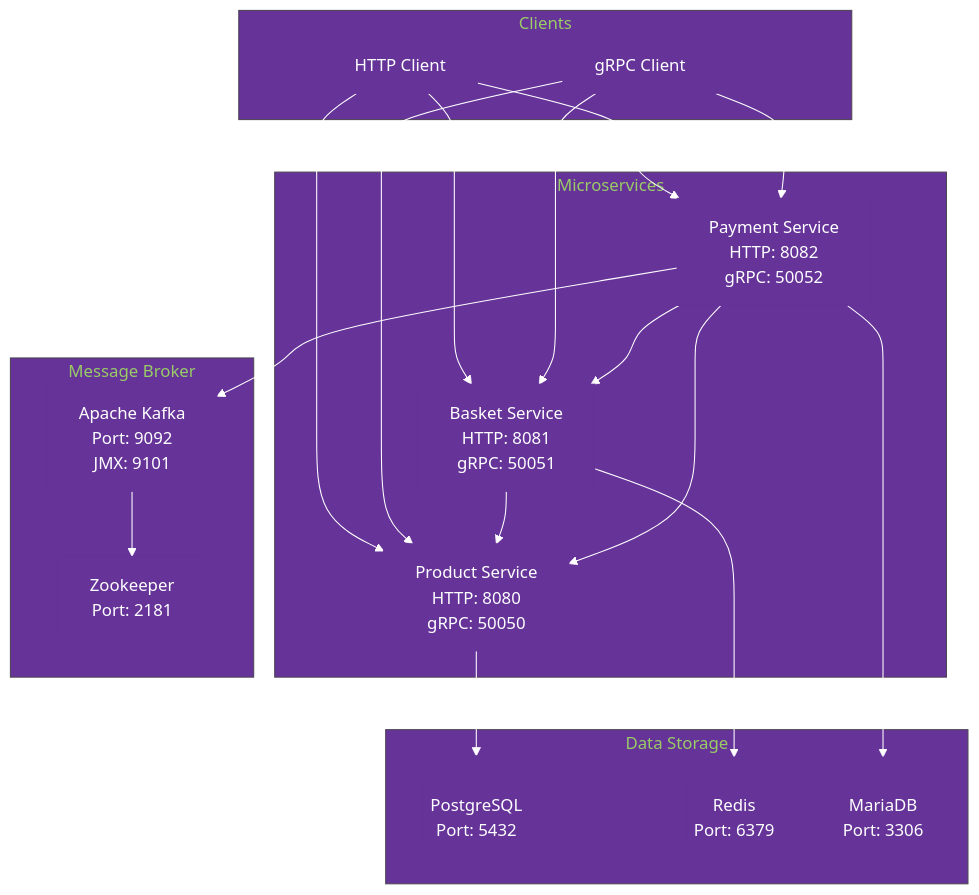
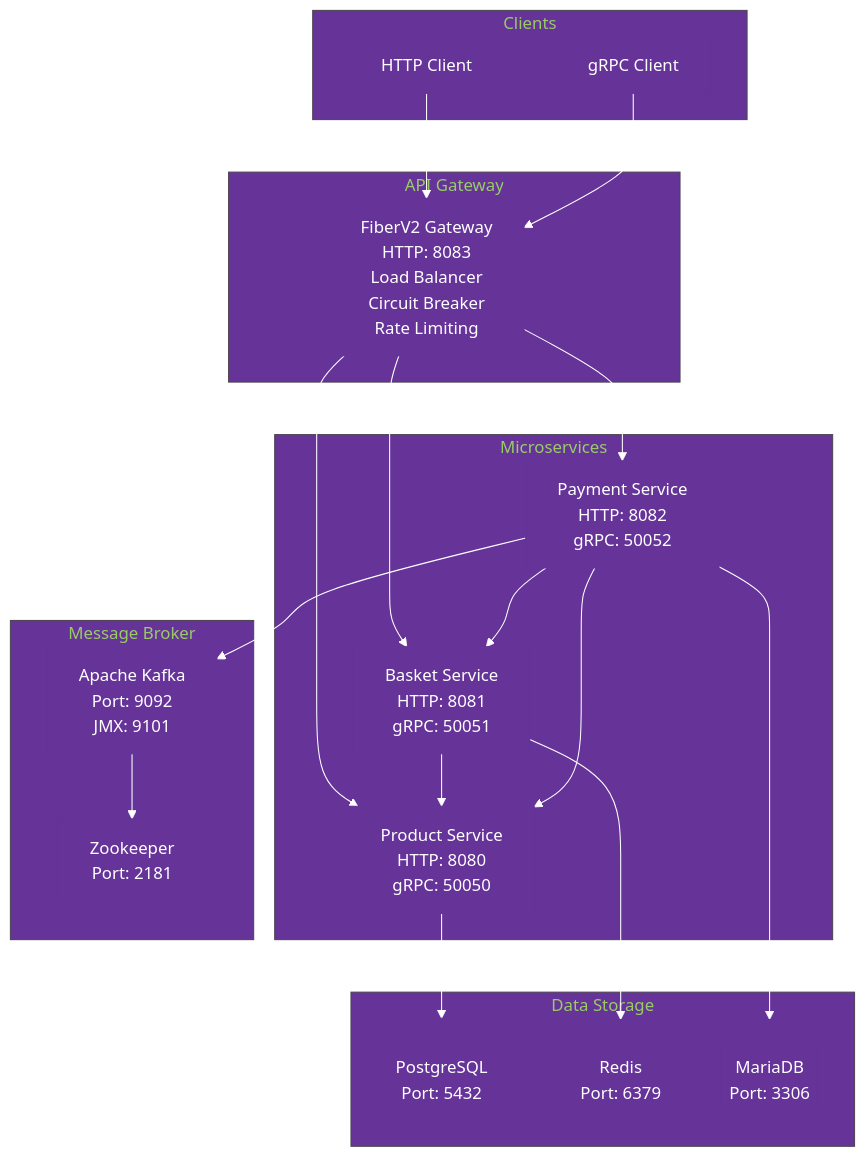
Before and after one commit to ozturkeniss/obs-tools-usage: the first of 21 diagrams in README.md, drawn with Mermaid. The commit also changed other lines of this file, not shown here.

First line of the commit message:
Add FiberV2 Gateway architecture and features documentation in README.md

````diff
--- a/README.md
+++ b/README.md
@@ -5,43 +5,47 @@
 ```mermaid
 %%{init: {'theme':'base', 'themeVariables': { 'primaryColor': '#663399', 'primaryTextColor': '#ffffff', 'primaryBorderColor': '#663399', 'lineColor': '#ffffff', 'secondaryColor': '#663399', 'tertiaryColor': '#663399'}}}%%
 graph TB
+    subgraph "API Gateway"
+        Gateway[FiberV2 Gateway<br/>HTTP: 8083<br/>Load Balancer<br/>Circuit Breaker<br/>Rate Limiting]
+    end
+    
     subgraph "Microservices"
         Product[Product Service<br/>HTTP: 8080<br/>gRPC: 50050]
         Basket[Basket Service<br/>HTTP: 8081<br/>gRPC: 50051]
         Payment[Payment Service<br/>HTTP: 8082<br/>gRPC: 50052]
     end
     
     subgraph "Data Storage"
         PostgreSQL[(PostgreSQL<br/>Port: 5432)]
         Redis[(Redis<br/>Port: 6379)]
         MariaDB[(MariaDB<br/>Port: 3306)]
     end
     
     subgraph "Message Broker"
         Kafka[Apache Kafka<br/>Port: 9092<br/>JMX: 9101]
         Zookeeper[Zookeeper<br/>Port: 2181]
     end
     
     subgraph "Clients"
         HTTPClient[HTTP Client]
         GRPCClient[gRPC Client]
     end
     
-    HTTPClient --> Product
-    HTTPClient --> Basket
-    HTTPClient --> Payment
-    GRPCClient --> Product
-    GRPCClient --> Basket
-    GRPCClient --> Payment
+    HTTPClient --> Gateway
+    GRPCClient --> Gateway
+    
+    Gateway --> Product
+    Gateway --> Basket
+    Gateway --> Payment
     
     Product --> PostgreSQL
     Basket --> Redis
     Payment --> MariaDB
     
     Basket --> Product
     Payment --> Basket
     Payment --> Product
     
     Payment --> Kafka
     Kafka --> Zookeeper
 ```
````
